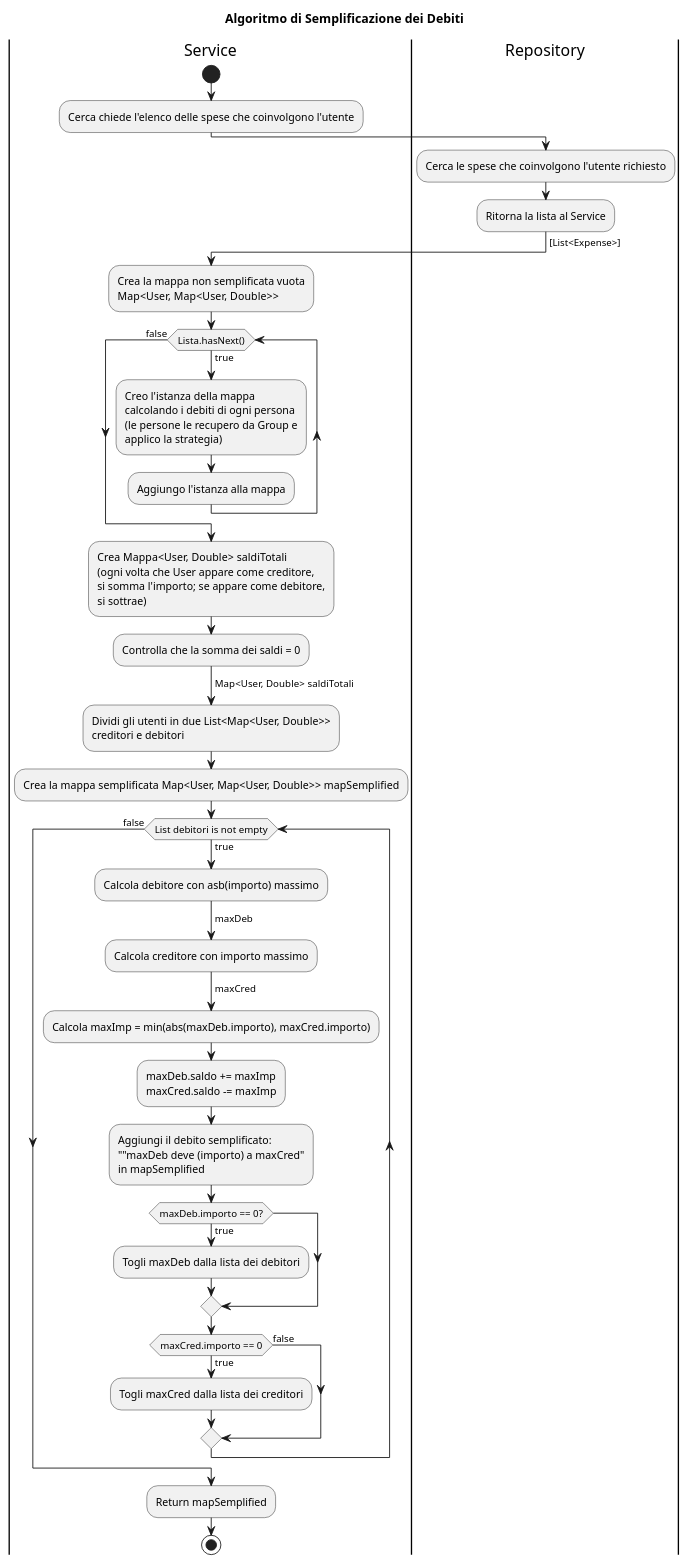
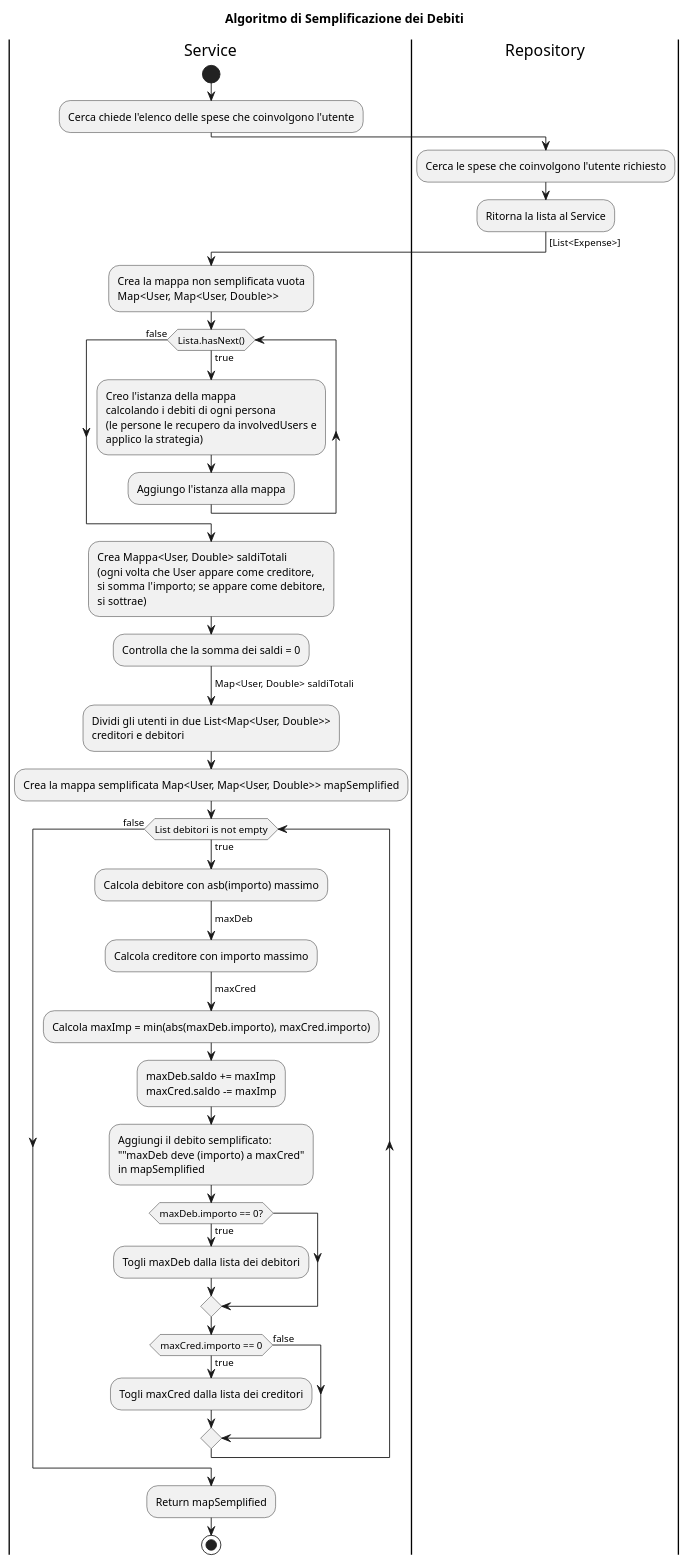
Before and after one commit to Mangialavori-Niccolo/SplitWise: the diagram in docs/activity diagrams/AlgoritmoSemplificazione.puml, drawn with PlantUML. The commit also changed 20 other files, not shown here.

```diff
--- a/docs/activity diagrams/AlgoritmoSemplificazione.puml
+++ b/docs/activity diagrams/AlgoritmoSemplificazione.puml
@@ -1,61 +1,61 @@
 @startuml
 'https://plantuml.com/activity-diagram-beta
 
 title Algoritmo di Semplificazione dei Debiti
 
 'Il conrtoller chiama la funzione per calcolare i debiti del Service
 |Service|
 Start
 :Cerca chiede l'elenco delle spese che coinvolgono l'utente;
 
 |Repository|
 :Cerca le spese che coinvolgono l'utente richiesto;
 :Ritorna la lista al Service;
 ->[List<Expense>];
 
 |Service|
 :Crea la mappa non semplificata vuota
 Map<User, Map<User, Double>>;
 while (Lista.hasNext()) is (true)
     :Creo l'istanza della mappa
     calcolando i debiti di ogni persona
-    (le persone le recupero da Group e
+    (le persone le recupero da involvedUsers e
     applico la strategia);
     :Aggiungo l'istanza alla mappa;
 endwhile (false)
 
 :Crea Mappa<User, Double> saldiTotali
 (ogni volta che User appare come creditore,
 si somma l'importo; se appare come debitore,
 si sottrae);
 :Controlla che la somma dei saldi = 0;
 ->Map<User, Double> saldiTotali;
 :Dividi gli utenti in due List<Map<User, Double>>
 creditori e debitori;
 :Crea la mappa semplificata Map<User, Map<User, Double>> mapSemplified;
 
 while (List debitori is not empty) is (true)
     :Calcola debitore con asb(importo) massimo;
     ->maxDeb;
     :Calcola creditore con importo massimo;
     ->maxCred;
     :Calcola maxImp = min(abs(maxDeb.importo), maxCred.importo);
     :maxDeb.saldo += maxImp
     maxCred.saldo -= maxImp;
     :Aggiungi il debito semplificato:
     ""maxDeb deve (importo) a maxCred"
     in mapSemplified;
     if (maxDeb.importo == 0?) is (true) then
         :Togli maxDeb dalla lista dei debitori;
     endif
     if (maxCred.importo == 0) is (true)then
         :Togli maxCred dalla lista dei creditori;
     else (false)
     endif
 endwhile (false)
 
 :Return mapSemplified;
 
 stop
 
 @enduml
```
